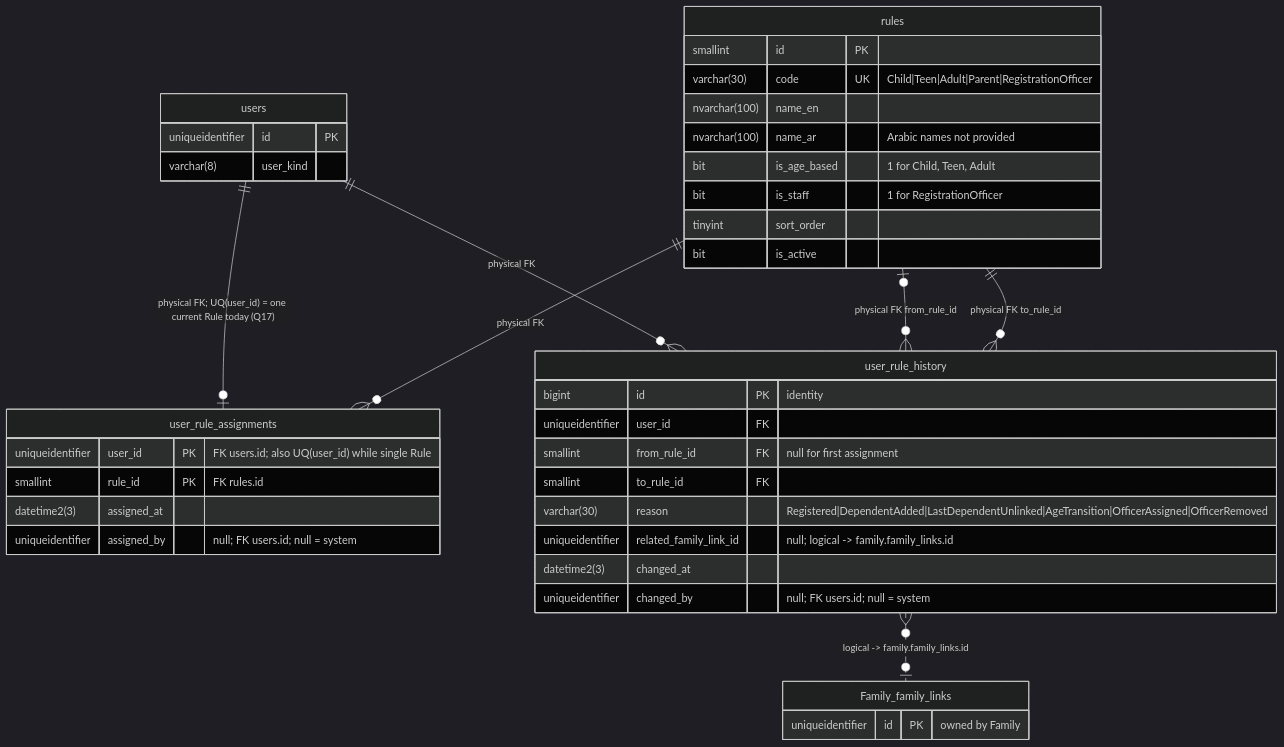
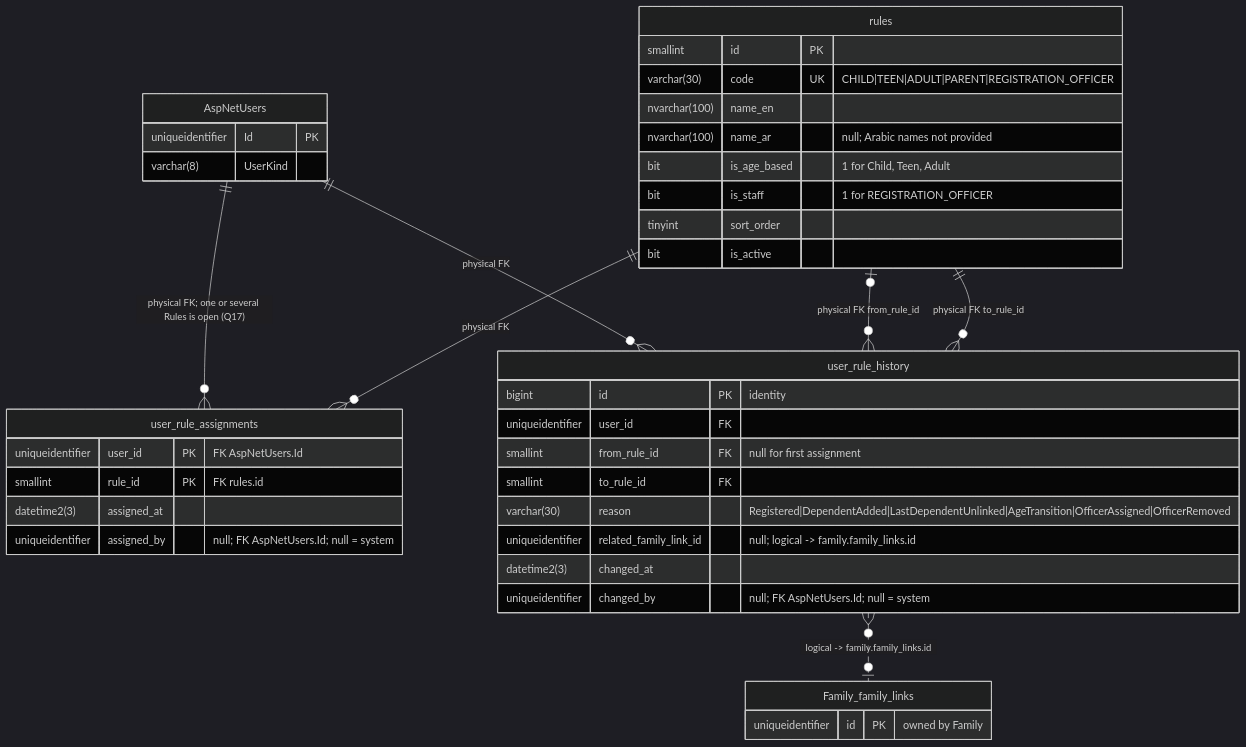
Before and after one commit to DohaTammam/Ilmi-Project: the second of 10 diagrams in docs/database/erd.md, drawn with Mermaid (dark theme). The commit also changed other lines of this file and 122 other files, not shown here.

````diff
--- a/docs/database/erd.md
+++ b/docs/database/erd.md
@@ -110,43 +135,43 @@
 ```mermaid
 erDiagram
-  users ||--o| user_rule_assignments : "physical FK; UQ(user_id) = one current Rule today (Q17)"
+  AspNetUsers ||--o{ user_rule_assignments : "physical FK; one or several Rules is open (Q17)"
   rules ||--o{ user_rule_assignments : "physical FK"
-  users ||--o{ user_rule_history : "physical FK"
+  AspNetUsers ||--o{ user_rule_history : "physical FK"
   rules |o--o{ user_rule_history : "physical FK from_rule_id"
   rules ||--o{ user_rule_history : "physical FK to_rule_id"
   user_rule_history }o..o| Family_family_links : "logical -> family.family_links.id"
 
-  users {
-    uniqueidentifier id PK
-    varchar(8) user_kind
+  AspNetUsers {
+    uniqueidentifier Id PK
+    varchar(8) UserKind
   }
   rules {
     smallint id PK
-    varchar(30) code UK "Child|Teen|Adult|Parent|RegistrationOfficer"
+    varchar(30) code UK "CHILD|TEEN|ADULT|PARENT|REGISTRATION_OFFICER"
     nvarchar(100) name_en
-    nvarchar(100) name_ar "Arabic names not provided"
+    nvarchar(100) name_ar "null; Arabic names not provided"
     bit is_age_based "1 for Child, Teen, Adult"
-    bit is_staff "1 for RegistrationOfficer"
+    bit is_staff "1 for REGISTRATION_OFFICER"
     tinyint sort_order
     bit is_active
   }
   user_rule_assignments {
-    uniqueidentifier user_id PK "FK users.id; also UQ(user_id) while single Rule"
+    uniqueidentifier user_id PK "FK AspNetUsers.Id"
     smallint rule_id PK "FK rules.id"
     datetime2(3) assigned_at
-    uniqueidentifier assigned_by "null; FK users.id; null = system"
+    uniqueidentifier assigned_by "null; FK AspNetUsers.Id; null = system"
   }
   user_rule_history {
     bigint id PK "identity"
     uniqueidentifier user_id FK
     smallint from_rule_id FK "null for first assignment"
     smallint to_rule_id FK
     varchar(30) reason "Registered|DependentAdded|LastDependentUnlinked|AgeTransition|OfficerAssigned|OfficerRemoved"
     uniqueidentifier related_family_link_id "null; logical -> family.family_links.id"
     datetime2(3) changed_at
-    uniqueidentifier changed_by "null; FK users.id; null = system"
+    uniqueidentifier changed_by "null; FK AspNetUsers.Id; null = system"
   }
   Family_family_links {
     uniqueidentifier id PK "owned by Family"
   }
 ```
````
